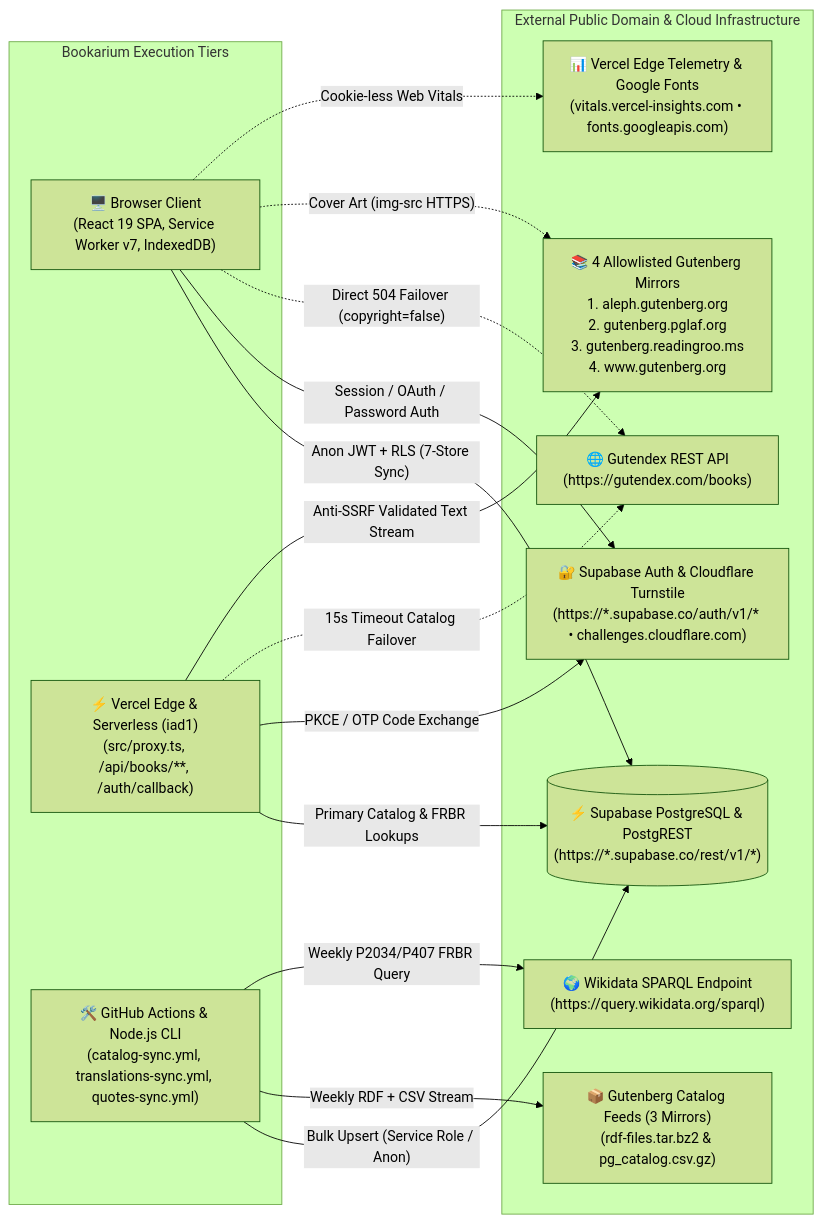
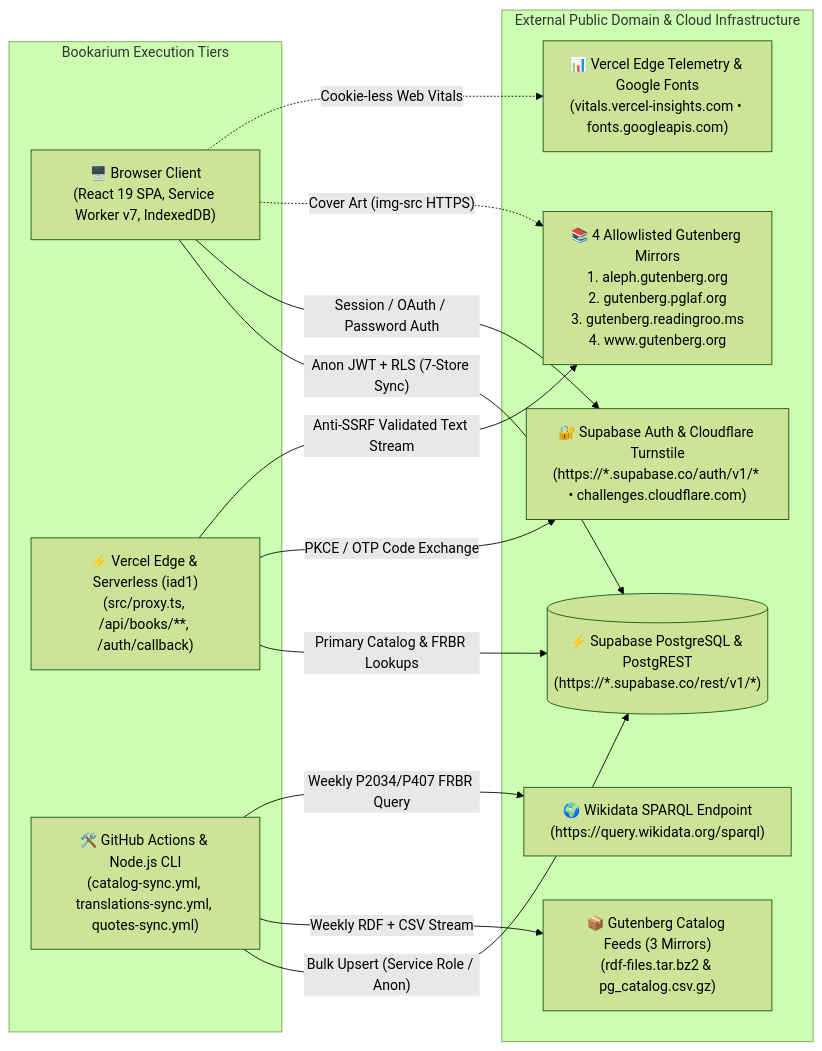
Before and after one commit to calin-m/Bookarium: the tenth of 13 diagrams in docs/ARCHITECTURE.md, drawn with Mermaid (forest theme). The commit also changed other lines of this file and 92 other files, not shown here.

First line of the commit message:
feat(auth,catalog,security): add active device sessions, security confirmations, deterministic pagination, and decommission Gutendex (v2.9.30-v2.9.31)

````diff
--- a/docs/ARCHITECTURE.md
+++ b/docs/ARCHITECTURE.md
@@ -1572,31 +1575,28 @@
 ```mermaid
 flowchart LR
     subgraph BookariumRuntime ["Bookarium Execution Tiers"]
         BrowserTier["🖥️ Browser Client\n(React 19 SPA, Service Worker v7, IndexedDB)"]
         EdgeTier["⚡ Vercel Edge & Serverless (iad1)\n(src/proxy.ts, /api/books/**, /auth/callback)"]
         CLITier["🛠️ GitHub Actions & Node.js CLI\n(catalog-sync.yml, translations-sync.yml, quotes-sync.yml)"]
     end
 
     subgraph ExternalSystems ["External Public Domain & Cloud Infrastructure"]
         SupaDB[("⚡ Supabase PostgreSQL & PostgREST\n(https://*.supabase.co/rest/v1/*)")]
         SupaAuth["🔐 Supabase Auth & Cloudflare Turnstile\n(https://*.supabase.co/auth/v1/* • challenges.cloudflare.com)"]
-        GutendexAPI["🌐 Gutendex REST API\n(https://gutendex.com/books)"]
         GutenbergMirrors["📚 4 Allowlisted Gutenberg Mirrors\n1. aleph.gutenberg.org\n2. gutenberg.pglaf.org\n3. gutenberg.readingroo.ms\n4. www.gutenberg.org"]
         GutenbergFeeds["📦 Gutenberg Catalog Feeds (3 Mirrors)\n(rdf-files.tar.bz2 & pg_catalog.csv.gz)"]
         WikidataAPI["🌍 Wikidata SPARQL Endpoint\n(https://query.wikidata.org/sparql)"]
         VercelRUM["📊 Vercel Edge Telemetry & Google Fonts\n(vitals.vercel-insights.com • fonts.googleapis.com)"]
     end
 
     BrowserTier -->|"Anon JWT + RLS (7-Store Sync)"| SupaDB
     BrowserTier -->|"Session / OAuth / Password Auth"| SupaAuth
-    BrowserTier -.->|"Direct 504 Failover (copyright=false)"| GutendexAPI
     BrowserTier -.->|"Cover Art (img-src HTTPS)"| GutenbergMirrors
     BrowserTier -.->|"Cookie-less Web Vitals"| VercelRUM
     EdgeTier -->|"Primary Catalog & FRBR Lookups"| SupaDB
     EdgeTier -->|"PKCE / OTP Code Exchange"| SupaAuth
-    EdgeTier -.->|"15s Timeout Catalog Failover"| GutendexAPI
     EdgeTier -->|"Anti-SSRF Validated Text Stream"| GutenbergMirrors
     CLITier -->|"Bulk Upsert (Service Role / Anon)"| SupaDB
     CLITier -->|"Weekly RDF + CSV Stream"| GutenbergFeeds
     CLITier -->|"Weekly P2034/P407 FRBR Query"| WikidataAPI
 ```
````
